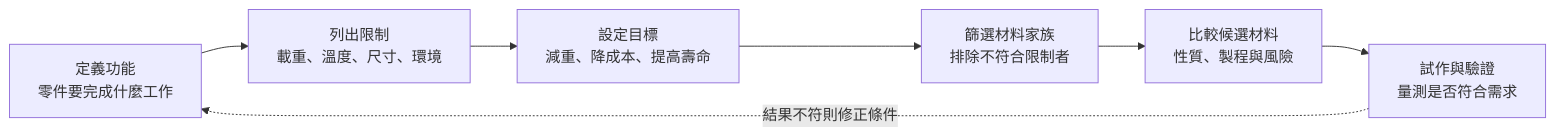
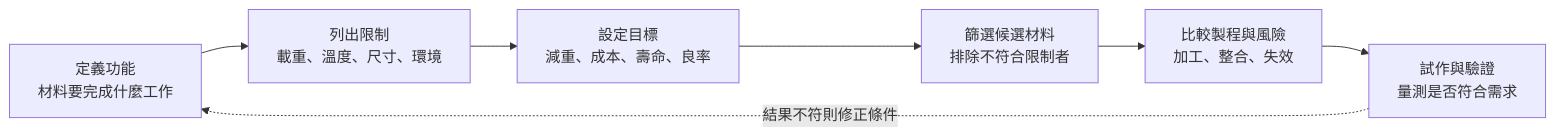
One commit to RocketWill/semiconductor-inspection-knowledge changed the diagram in 01-materials-science/02-material-properties-and-selection.md. Above: the diagram before and after it, drawn with Mermaid. The commit also changed other lines of this file and 3 other files, not shown here.

````diff
--- a/01-materials-science/02-material-properties-and-selection.md
+++ b/01-materials-science/02-material-properties-and-selection.md
@@ -210,9 +95,9 @@
 ```mermaid
 flowchart LR
-    A["定義功能<br/>零件要完成什麼工作"] --> B["列出限制<br/>載重、溫度、尺寸、環境"]
-    B --> C["設定目標<br/>減重、降成本、提高壽命"]
-    C --> D["篩選材料家族<br/>排除不符合限制者"]
-    D --> E["比較候選材料<br/>性質、製程與風險"]
+    A["定義功能<br/>材料要完成什麼工作"] --> B["列出限制<br/>載重、溫度、尺寸、環境"]
+    B --> C["設定目標<br/>減重、成本、壽命、良率"]
+    C --> D["篩選候選材料<br/>排除不符合限制者"]
+    D --> E["比較製程與風險<br/>加工、整合、失效"]
     E --> F["試作與驗證<br/>量測是否符合需求"]
     F -. "結果不符則修正條件" .-> A
 ```
````
